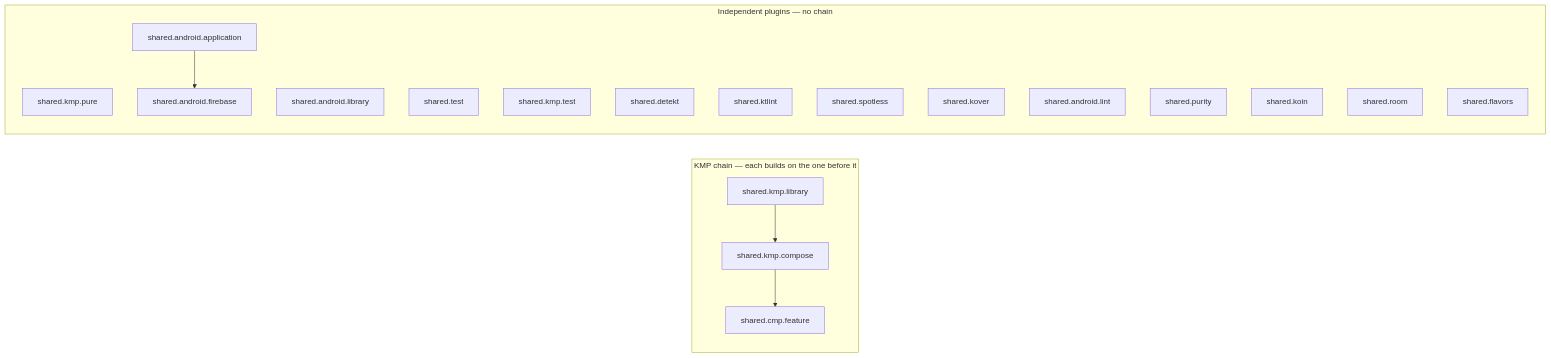
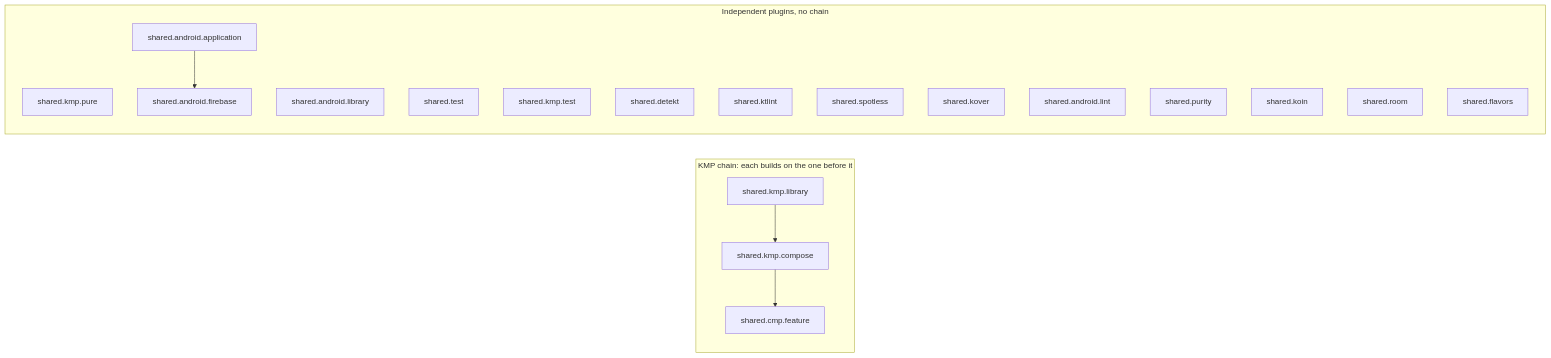
One commit to darkpandawarrior/kmp-build-logic changed the diagram in README.md. Above: the diagram before and after it, drawn with Mermaid. The commit also changed other lines of this file, not shown here.

Commit message:
docs: use plain punctuation in README (#26)

````diff
--- a/README.md
+++ b/README.md
@@ -133,28 +133,28 @@
 ```mermaid
 graph LR
-    subgraph chain["KMP chain — each builds on the one before it"]
+    subgraph chain["KMP chain: each builds on the one before it"]
         KL["shared.kmp.library"]
         KC["shared.kmp.compose"]
         CF["shared.cmp.feature"]
         KL --> KC --> CF
     end
 
-    subgraph standalone["Independent plugins — no chain"]
+    subgraph standalone["Independent plugins, no chain"]
         KP["shared.kmp.pure"]
         AA["shared.android.application"]
         AL["shared.android.library"]
         FB["shared.android.firebase"]
         T["shared.test"]
         KT["shared.kmp.test"]
         DTK["shared.detekt"]
         KTL["shared.ktlint"]
         SPL["shared.spotless"]
         KOV["shared.kover"]
         LNT["shared.android.lint"]
         PUR["shared.purity"]
         KOI["shared.koin"]
         RM["shared.room"]
         FL["shared.flavors"]
         AA --> FB
     end
 ```
````
